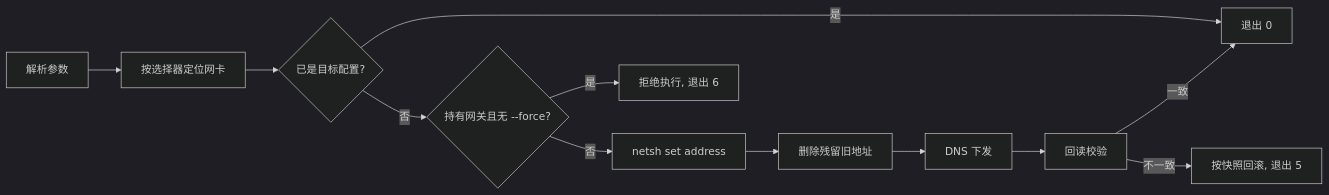
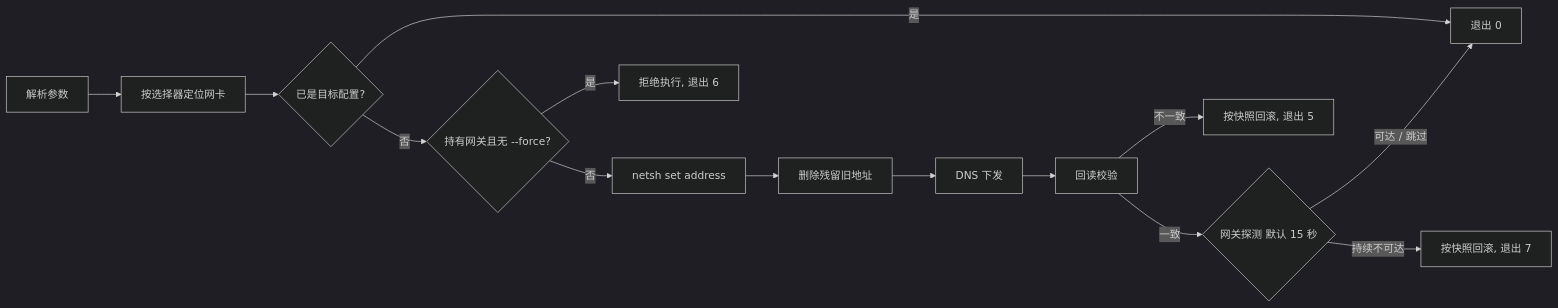
Before and after one commit to yuruyan/SomeScripts: the diagram in SetIPAddress/README.md, drawn with Mermaid (dark theme). The commit also changed other lines of this file and 2 other files, not shown here.

````diff
--- a/SetIPAddress/README.md
+++ b/SetIPAddress/README.md
@@ -97,14 +99,16 @@
 ```mermaid
 flowchart LR
   A["解析参数"] --> B["按选择器定位网卡"]
   B --> C{"已是目标配置?"}
   C -- "是" --> Z["退出 0"]
   C -- "否" --> D{"持有网关且无 --force?"}
   D -- "是" --> R["拒绝执行, 退出 6"]
   D -- "否" --> E["netsh set address"]
   E --> F["删除残留旧地址"]
   F --> G["DNS 下发"]
   G --> H["回读校验"]
-  H -- "一致" --> Z
   H -- "不一致" --> I["按快照回滚, 退出 5"]
+  H -- "一致" --> J{"网关探测 默认 15 秒"}
+  J -- "可达 / 跳过" --> Z
+  J -- "持续不可达" --> K["按快照回滚, 退出 7"]
 ```
````
